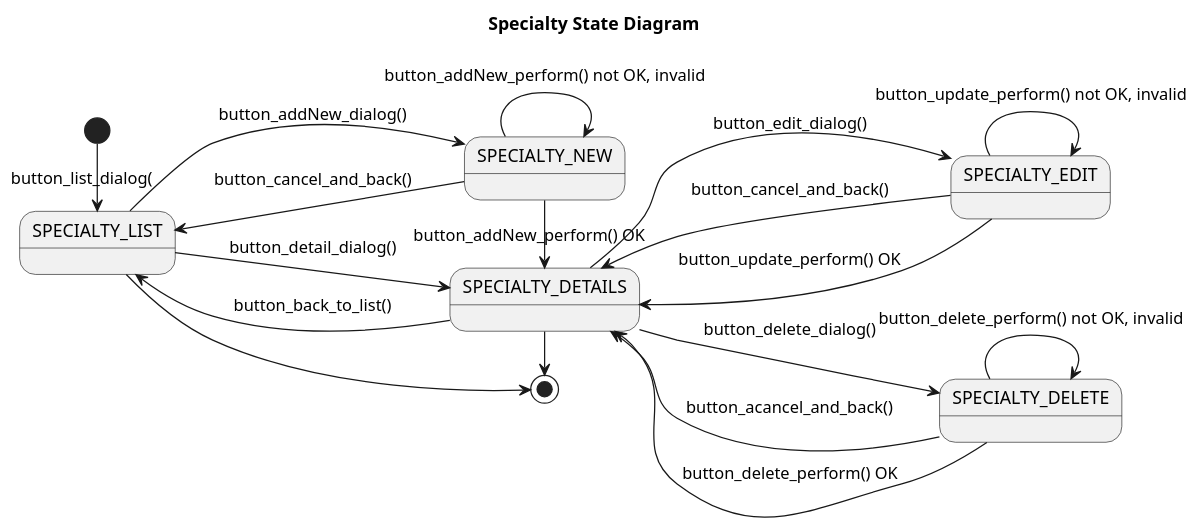
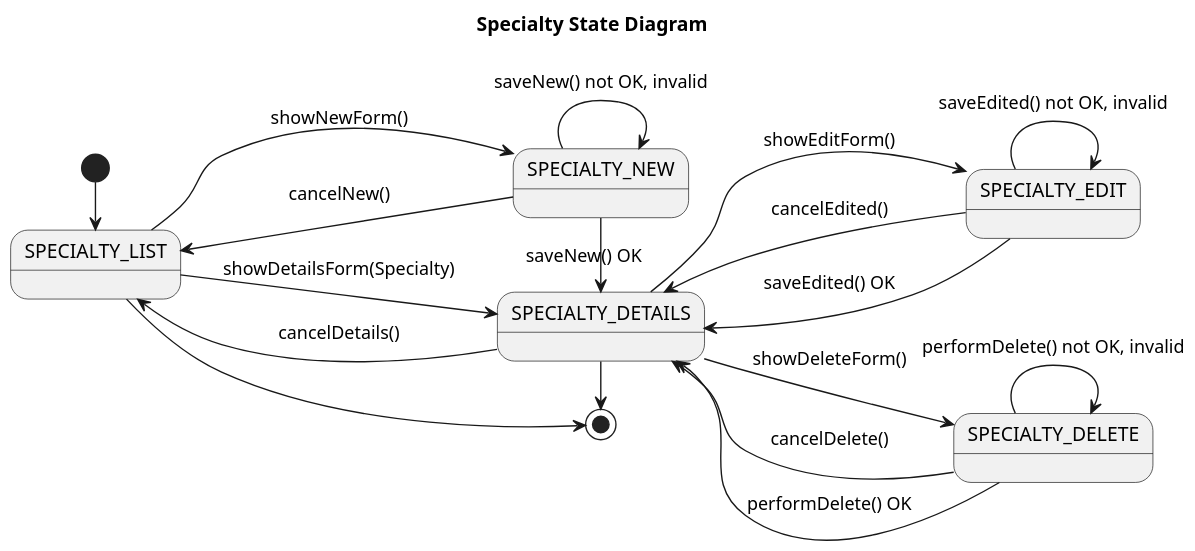
Before and after one commit to Jakarta-EE-Petclinic/petclinic-uml: the diagram in src/main/plantuml/vet/specialty/Specialty__UseCase__State.puml, drawn with PlantUML. The commit also changed 4 other files, not shown here.

```diff
--- a/src/main/plantuml/vet/specialty/Specialty__UseCase__State.puml
+++ b/src/main/plantuml/vet/specialty/Specialty__UseCase__State.puml
@@ -1,42 +1,42 @@
 @startuml
 
 title Specialty State Diagram
 
 'https://plantuml.com/state-diagram
 
 left to right direction
 'top to bottom direction
 
 scale 1200 width
 
-[*] -> SPECIALTY_LIST: button_list_dialog(
+[*] -> SPECIALTY_LIST
 
-SPECIALTY_LIST --> SPECIALTY_NEW : button_addNew_dialog()
-SPECIALTY_NEW --> SPECIALTY_LIST: button_cancel_and_back()
+SPECIALTY_LIST --> SPECIALTY_NEW : showNewForm()
+SPECIALTY_NEW --> SPECIALTY_LIST: cancelNew()
 state SPECIALTY_NEW {
-    SPECIALTY_NEW --> SPECIALTY_NEW : button_addNew_perform() not OK, invalid
+    SPECIALTY_NEW --> SPECIALTY_NEW : saveNew() not OK, invalid
 }
-SPECIALTY_NEW -> SPECIALTY_DETAILS: button_addNew_perform() OK
+SPECIALTY_NEW -> SPECIALTY_DETAILS: saveNew() OK
 
 
-SPECIALTY_LIST -> SPECIALTY_DETAILS: button_detail_dialog()
-SPECIALTY_DETAILS --> SPECIALTY_LIST: button_back_to_list()
+SPECIALTY_LIST -> SPECIALTY_DETAILS: showDetailsForm(Specialty)
+SPECIALTY_DETAILS --> SPECIALTY_LIST: cancelDetails()
 
-SPECIALTY_DETAILS --> SPECIALTY_EDIT: button_edit_dialog()
-SPECIALTY_EDIT --> SPECIALTY_DETAILS: button_cancel_and_back()
+SPECIALTY_DETAILS --> SPECIALTY_EDIT: showEditForm()
+SPECIALTY_EDIT --> SPECIALTY_DETAILS: cancelEdited()
 state SPECIALTY_EDIT {
-    SPECIALTY_EDIT --> SPECIALTY_EDIT: button_update_perform() not OK, invalid
+    SPECIALTY_EDIT --> SPECIALTY_EDIT: saveEdited() not OK, invalid
 }
-SPECIALTY_EDIT --> SPECIALTY_DETAILS: button_update_perform() OK
+SPECIALTY_EDIT --> SPECIALTY_DETAILS: saveEdited() OK
 
-SPECIALTY_DETAILS --> SPECIALTY_DELETE: button_delete_dialog()
-SPECIALTY_DELETE --> SPECIALTY_DETAILS: button_acancel_and_back()
+SPECIALTY_DETAILS --> SPECIALTY_DELETE: showDeleteForm()
+SPECIALTY_DELETE --> SPECIALTY_DETAILS: cancelDelete()
 state SPECIALTY_DELETE {
-    SPECIALTY_DELETE --> SPECIALTY_DELETE: button_delete_perform() not OK, invalid
+    SPECIALTY_DELETE --> SPECIALTY_DELETE: performDelete() not OK, invalid
 }
-SPECIALTY_DELETE --> SPECIALTY_DETAILS: button_delete_perform() OK
+SPECIALTY_DELETE --> SPECIALTY_DETAILS: performDelete() OK
 
 SPECIALTY_LIST -> [*]
 SPECIALTY_DETAILS -> [*]
 
 @enduml
```
